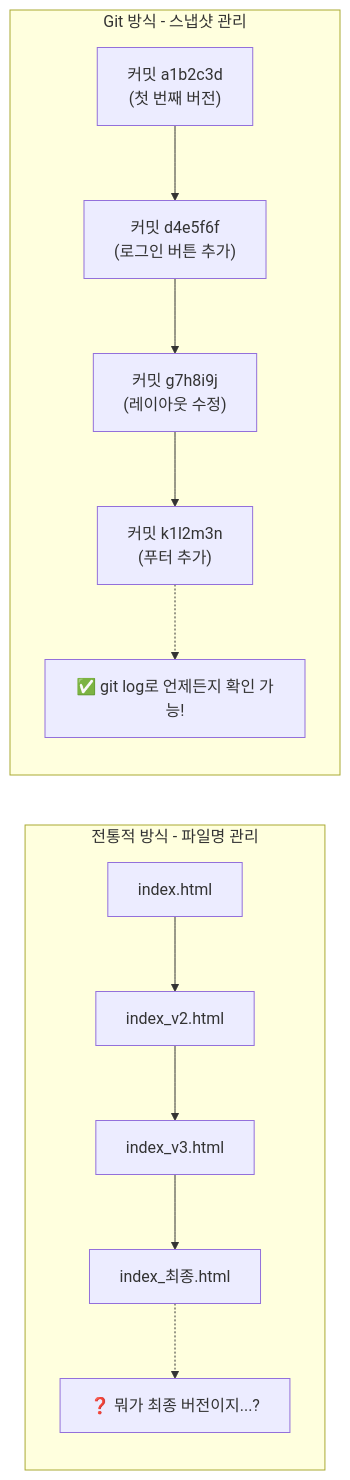
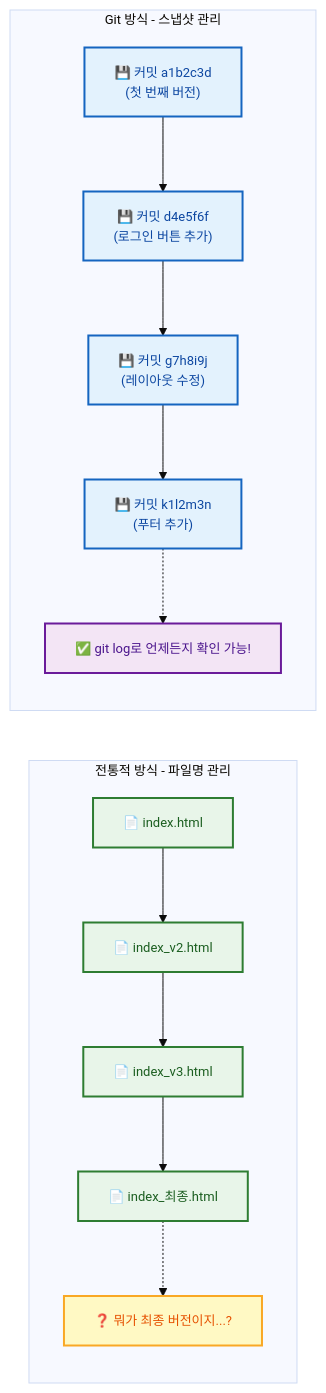
Before and after one commit to jingu279/Document: the third of 5 diagrams in git/01_서론/01_Git이란.md, drawn with Mermaid. The commit also changed other lines of this file and 24 other files, not shown here.

First line of the commit message:
Git 문서 전체 Mermaid 다이어그램 스타일링 통일

````diff
--- a/git/01_서론/01_Git이란.md
+++ b/git/01_서론/01_Git이란.md
@@ -75,16 +94,27 @@
 ```mermaid
+%%{init: {'theme': 'base', 'themeVariables': {'fontSize': '13px'}}}%%
 flowchart LR
   subgraph Traditional[전통적 방식 - 파일명 관리]
-    T1[index.html] --> T2[index_v2.html]
-    T2 --> T3[index_v3.html]
-    T3 --> T4[index_최종.html]
+    T1["📄 index.html"] --> T2["📄 index_v2.html"]
+    T2 --> T3["📄 index_v3.html"]
+    T3 --> T4["📄 index_최종.html"]
     T4 -.-> Q["❓ 뭐가 최종 버전이지...?"]
   end
 
   subgraph Git[Git 방식 - 스냅샷 관리]
-    G1["커밋 a1b2c3d<br/>(첫 번째 버전)"] --> G2["커밋 d4e5f6f<br/>(로그인 버튼 추가)"]
-    G2 --> G3["커밋 g7h8i9j<br/>(레이아웃 수정)"]
-    G3 --> G4["커밋 k1l2m3n<br/>(푸터 추가)"]
+    G1["💾 커밋 a1b2c3d<br/>(첫 번째 버전)"] --> G2["💾 커밋 d4e5f6f<br/>(로그인 버튼 추가)"]
+    G2 --> G3["💾 커밋 g7h8i9j<br/>(레이아웃 수정)"]
+    G3 --> G4["💾 커밋 k1l2m3n<br/>(푸터 추가)"]
     G4 -.-> OK["✅ git log로 언제든지 확인 가능!"]
   end
+
+  classDef main fill:#fff3e0,stroke:#e65100,stroke-width:2px,color:#bf360c
+  classDef sub fill:#e8f5e9,stroke:#2e7d32,stroke-width:2px,color:#1b5e20
+  classDef proc fill:#e3f2fd,stroke:#1565c0,stroke-width:2px,color:#0d47a1
+  classDef decision fill:#fff9c4,stroke:#f9a825,stroke-width:2px,color:#e65100
+  classDef highlight fill:#f3e5f5,stroke:#6a1b9a,stroke-width:2px,color:#4a148c
+  class T1,T2,T3,T4 sub
+  class Q decision
+  class G1,G2,G3,G4 proc
+  class OK highlight
 ```
````
